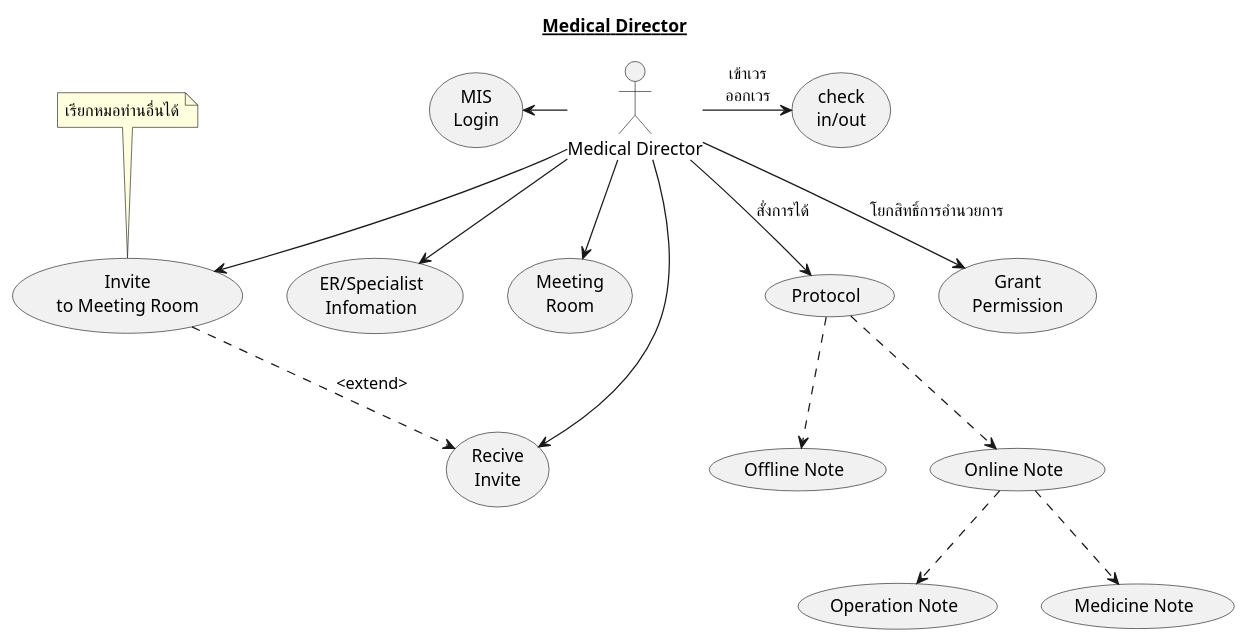
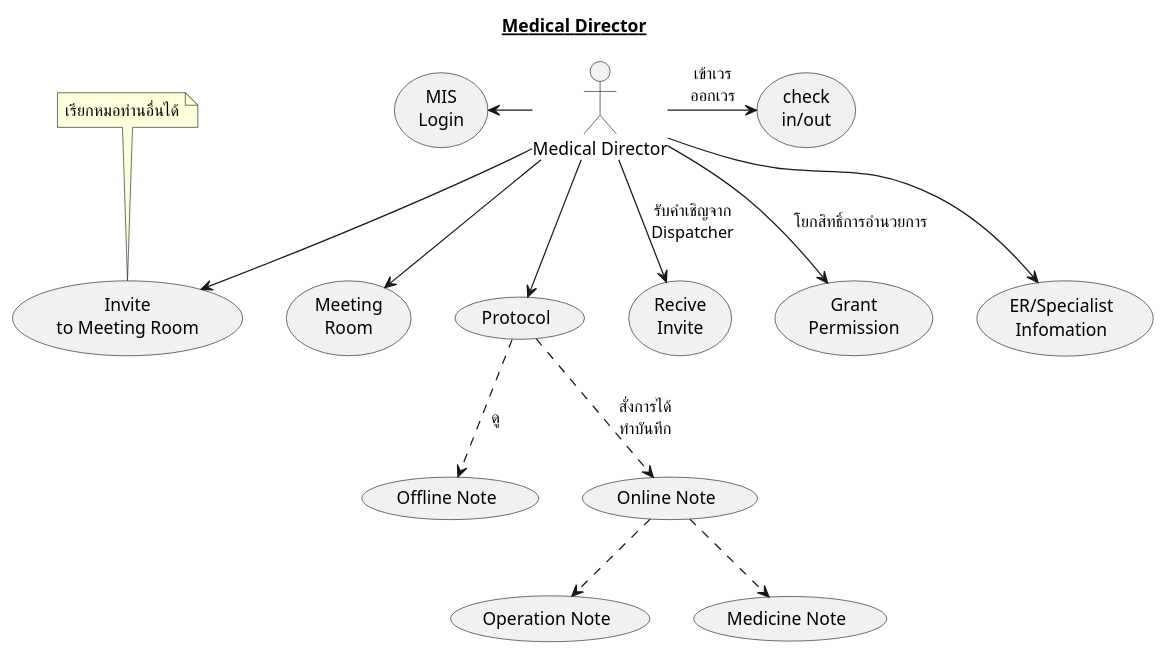
Before and after one commit to lionants02/mis-api-doc: the diagram in uml/scenario_MD.plantuml, drawn with PlantUML. The commit also changed 14 other files, not shown here.

Commit message:
update diagram

```diff
--- a/uml/scenario_MD.plantuml
+++ b/uml/scenario_MD.plantuml
@@ -1,37 +1,36 @@
 @startuml
 Title __Medical Director__
   :Medical Director: as MD
 
   usecase (Protocol) as Protocol
   usecase (Offline Note) as Offline
   usecase (Online Note) as Online
   usecase (Operation Note) as Ops
   usecase (Medicine Note) as Med
-  Protocol ..> Offline
-  Protocol ..> Online
+  Protocol ..> Offline : ดู
+  Protocol ..> Online: สั่งการได้\nทำบันทึก
   Online ..> Ops
   Online ..> Med
 
   usecase (check\nin/out) as checkIn
   usecase (MIS\nLogin) as MISLogin
   usecase (ER/Specialist\nInfomation) as ERSpecialistInfomation
 
   usecase (Meeting\nRoom) as MeetingRoom
   usecase (Invite\nto Meeting Room) as InviteToMeetingRoom
   usecase (Recive\nInvite) as ReciveInvite
-  InviteToMeetingRoom ..> ReciveInvite :<extend>
 
   usecase (Grant\nPermission) as GrantPermission
 
   MD -right-> checkIn : เข้าเวร\nออกเวร
   MD -left-> MISLogin
   MD --> MeetingRoom
   MD --> ERSpecialistInfomation
-  MD --> Protocol : สั่งการได้
+  MD --> Protocol
   MD --> InviteToMeetingRoom
   note top of InviteToMeetingRoom : เรียกหมอท่านอื่นได้
 
-  MD --> ReciveInvite
+  MD --> ReciveInvite : รับคำเชิญจาก\nDispatcher
   MD --> GrantPermission : โยกสิทธิ์การอำนวยการ
 
 @enduml
```
